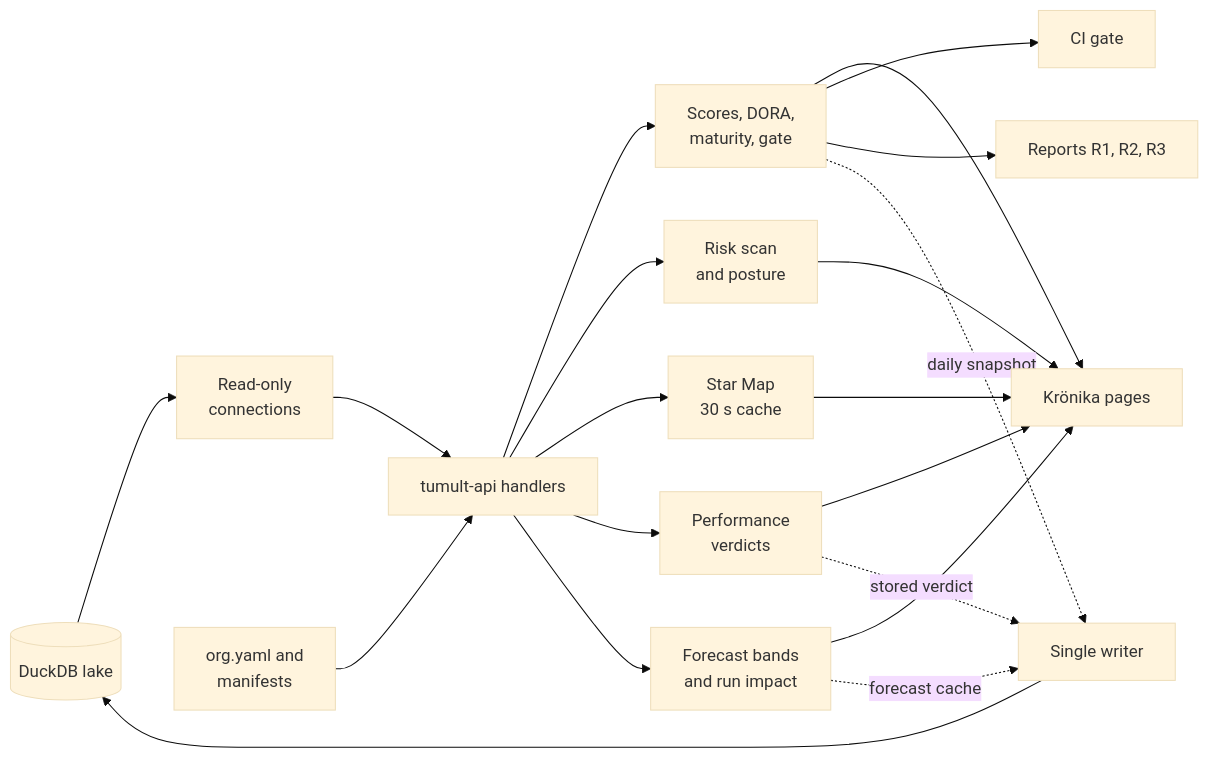
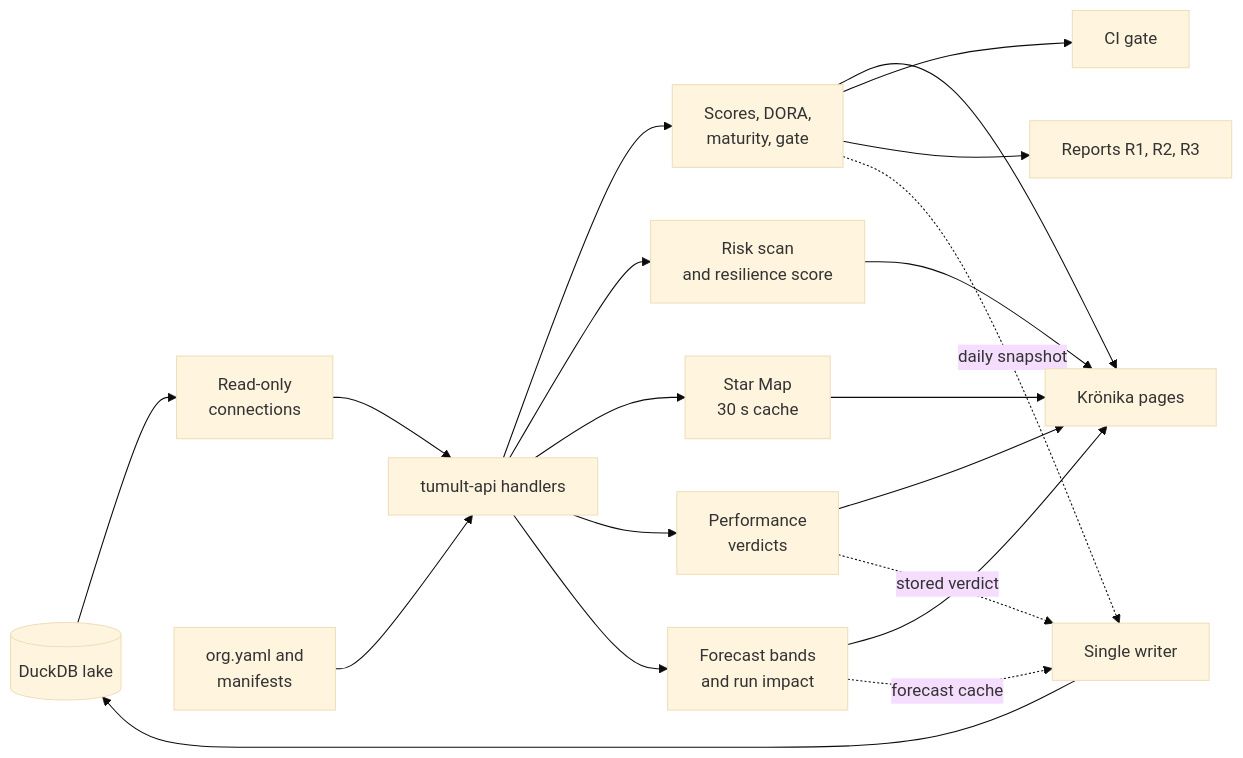
One commit to mwigge/tumult changed the third of 3 diagrams in docs/architecture/kronika-architecture.md. Above: the diagram before and after it, drawn with Mermaid (base theme). The commit also changed other lines of this file and 22 other files, not shown here.

First line of the commit message:
feat(web): call the Posture page Resilience

````diff
--- a/docs/architecture/kronika-architecture.md
+++ b/docs/architecture/kronika-architecture.md
@@ -133,24 +133,24 @@
 ```mermaid
 flowchart LR
     accTitle: Evidence read flow
-    accDescr: The JSON API reads the lake on read-only connections. Scores, the DORA coverage and maturity score, the gate, the risk scan and posture, the Star Map, performance verdicts and forecasts are computed per request from the stored rows, org.yaml and the manifests. Krönika pages, the CI gate and reports consume the results. Daily score snapshots, stored performance verdicts and the forecast cache are written back through the single writer.
+    accDescr: The JSON API reads the lake on read-only connections. Scores, the DORA coverage and maturity score, the gate, the risk scan and resilience score, the Star Map, performance verdicts and forecasts are computed per request from the stored rows, org.yaml and the manifests. Krönika pages, the CI gate and reports consume the results. Daily score snapshots, stored performance verdicts and the forecast cache are written back through the single writer.
     lake[(DuckDB lake)] --> ro[Read-only<br>connections]
     org[org.yaml and<br>manifests] --> api
     ro --> api[tumult-api handlers]
     api --> scores[Scores, DORA,<br>maturity, gate]
-    api --> risk[Risk scan<br>and posture]
+    api --> risk[Risk scan<br>and resilience score]
     api --> map[Star Map<br>30 s cache]
     api --> perf[Performance<br>verdicts]
     api --> fc[Forecast bands<br>and run impact]
     scores --> ui[Krönika pages]
     risk --> ui
     map --> ui
     perf --> ui
     fc --> ui
     scores --> ci[CI gate]
     scores --> reports[Reports R1, R2, R3]
     scores -.->|daily snapshot| w[Single writer]
     perf -.->|stored verdict| w
     fc -.->|forecast cache| w
     w --> lake
 ```
````
